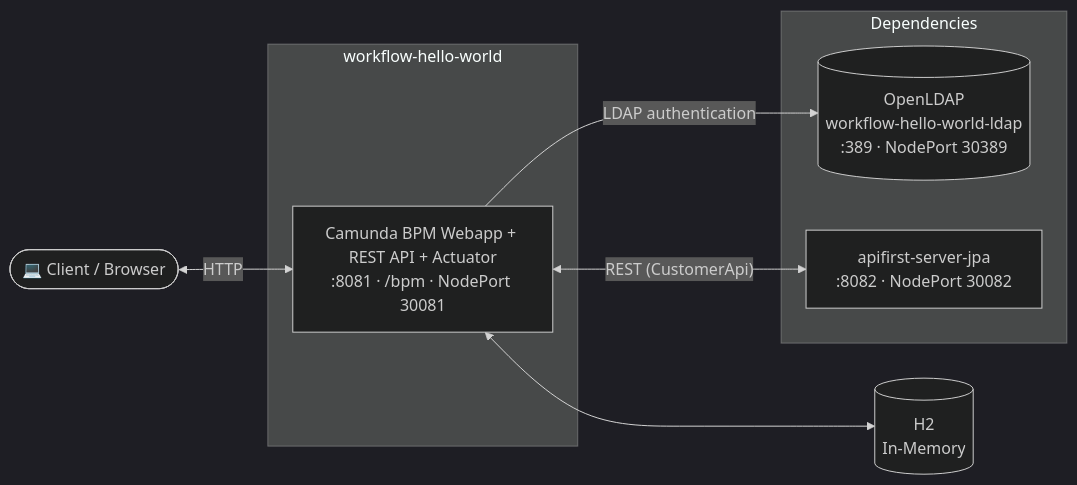
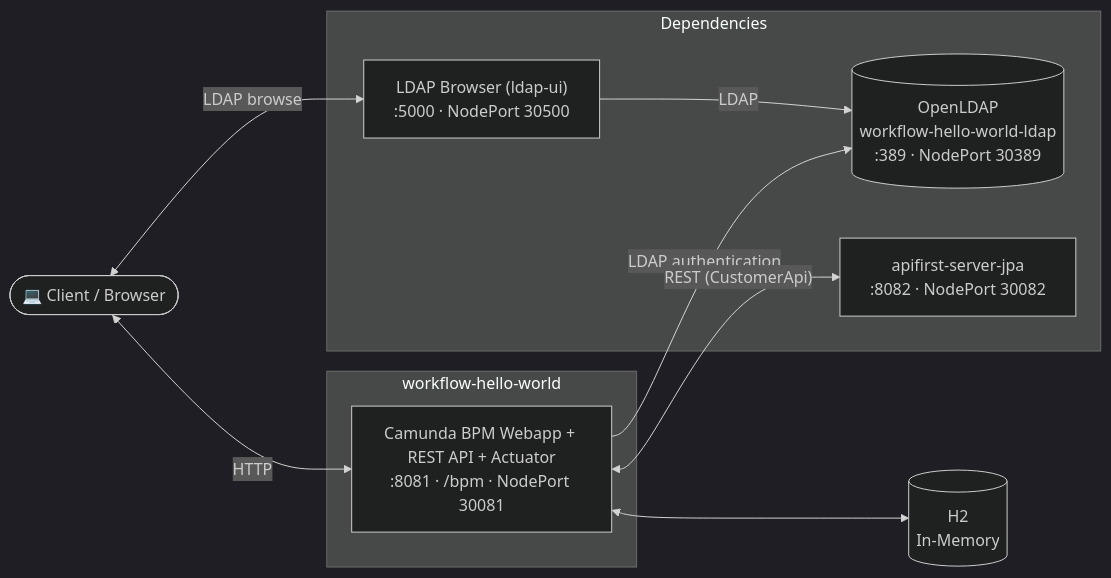
Before and after one commit to dboeckli/workflow-hello-world: the diagram in README.md, drawn with Mermaid (dark theme). The commit also changed other lines of this file and 13 other files, not shown here.

````diff
--- a/README.md
+++ b/README.md
@@ -11,20 +11,23 @@
 ```mermaid
 graph LR
     Client(["💻 Client / Browser"])
 
     subgraph App ["workflow-hello-world"]
         BPM["Camunda BPM Webapp + REST API + Actuator\n:8081 · /bpm · NodePort 30081"]
     end
 
     subgraph Dependencies ["Dependencies"]
         LDAP[("OpenLDAP\nworkflow-hello-world-ldap\n:389 · NodePort 30389")]
+        LDAPUI["LDAP Browser (ldap-ui)\n:5000 · NodePort 30500"]
         APIFIRST["apifirst-server-jpa\n:8082 · NodePort 30082"]
     end
 
     H2[("H2\nIn-Memory")]
 
     Client <-->|"HTTP"| BPM
+    Client <-->|"LDAP browse"| LDAPUI
     BPM -->|"LDAP authentication"| LDAP
+    LDAPUI -->|"LDAP"| LDAP
     BPM <-->|"REST (CustomerApi)"| APIFIRST
     BPM <--> H2
 ```
````
